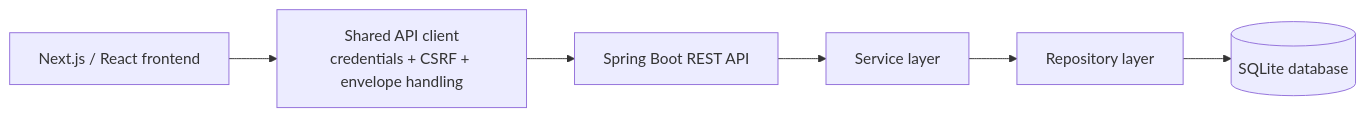
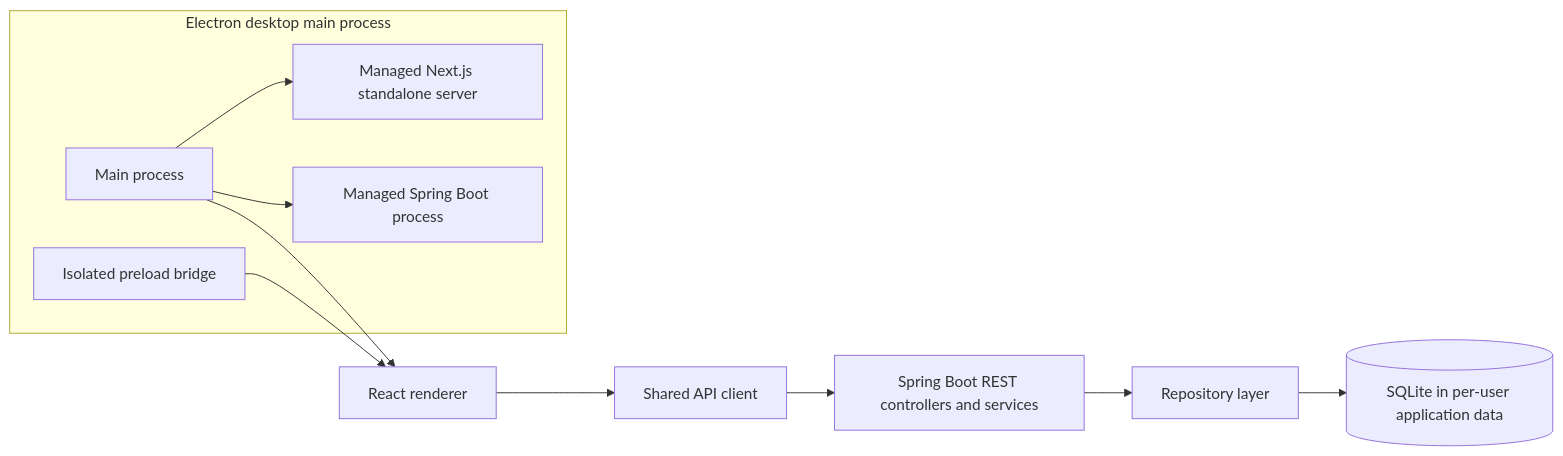
Before and after one commit to anasqadri-dev/bookstore-management-system: the diagram in docs/design/IMPLEMENTATION-ALIGNMENT.md, drawn with Mermaid. The commit also changed other lines of this file, not shown here.

Commit message:
docs(sds): align implementation supplement with delivered desktop architecture

````diff
--- a/docs/design/IMPLEMENTATION-ALIGNMENT.md
+++ b/docs/design/IMPLEMENTATION-ALIGNMENT.md
@@ -29,11 +30,19 @@
 ```mermaid
 flowchart LR
-    UI[Next.js / React frontend]
-    API[Shared API client
-credentials + CSRF + envelope handling]
-    REST[Spring Boot REST API]
-    SVC[Service layer]
-    REPO[Repository layer]
-    DB[(SQLite database)]
-    UI --> API --> REST --> SVC --> REPO --> DB
+    subgraph Desktop["Electron desktop main process"]
+        MAIN["Main process"]
+        PRELOAD["Isolated preload bridge"]
+        FRONT["Managed Next.js standalone server"]
+        BACK["Managed Spring Boot process"]
+    end
+    UI["React renderer"]
+    API["Shared API client"]
+    SVC["Spring Boot REST controllers and services"]
+    REPO["Repository layer"]
+    DB[("SQLite in per-user application data")]
+    MAIN --> BACK
+    MAIN --> FRONT
+    MAIN --> UI
+    PRELOAD --> UI
+    UI --> API --> SVC --> REPO --> DB
 ```
````
